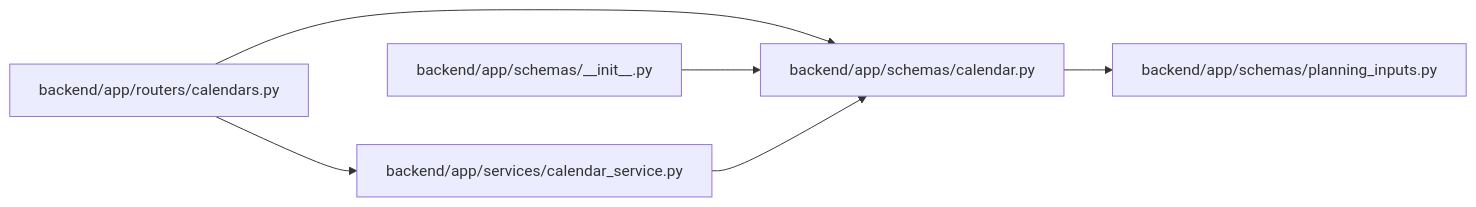
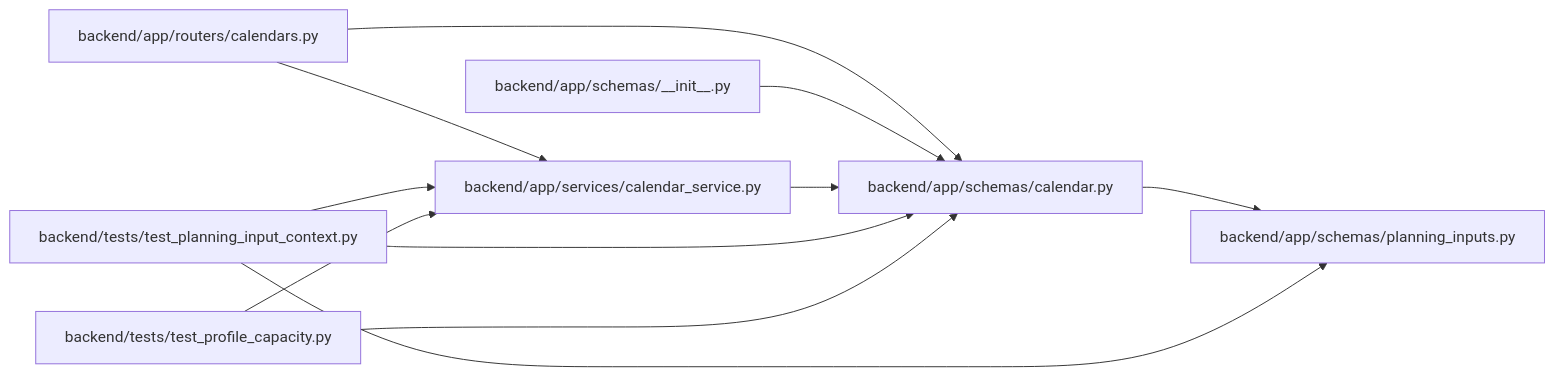
The diagram in docs/llm_wiki/modules/schemas_calendar.md (Denissvgn/WorkChord), drawn with Mermaid before and after one commit. The commit also changed other lines of this file and 10148 other files, not shown here.

````diff
--- a/docs/llm_wiki/modules/schemas_calendar.md
+++ b/docs/llm_wiki/modules/schemas_calendar.md
@@ -21,18 +21,27 @@
 ```mermaid
 flowchart LR
     n0["backend/app/routers/calendars.py"]
     n1["backend/app/schemas/__init__.py"]
     n2["backend/app/schemas/calendar.py"]
     n3["backend/app/schemas/planning_inputs.py"]
     n4["backend/app/services/calendar_service.py"]
+    n5["backend/tests/test_planning_input_context.py"]
+    n6["backend/tests/test_profile_capacity.py"]
     n0 --> n2
     n0 --> n4
     n1 --> n2
     n2 --> n3
     n4 --> n2
+    n5 --> n2
+    n5 --> n3
+    n5 --> n4
+    n6 --> n2
+    n6 --> n4
     click n0 "../modules/calendars.md"
     click n1 "../modules/schemas___init__.md"
     click n2 "../modules/schemas_calendar.md"
     click n3 "../modules/planning_inputs.md"
     click n4 "../modules/calendar_service.md"
+    click n5 "../modules/test_planning_input_context.md"
+    click n6 "../modules/test_profile_capacity.md"
 ```
````
